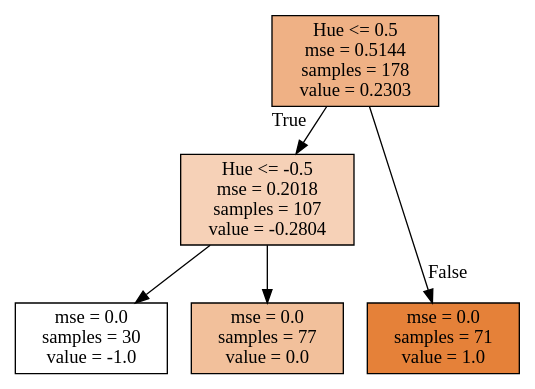
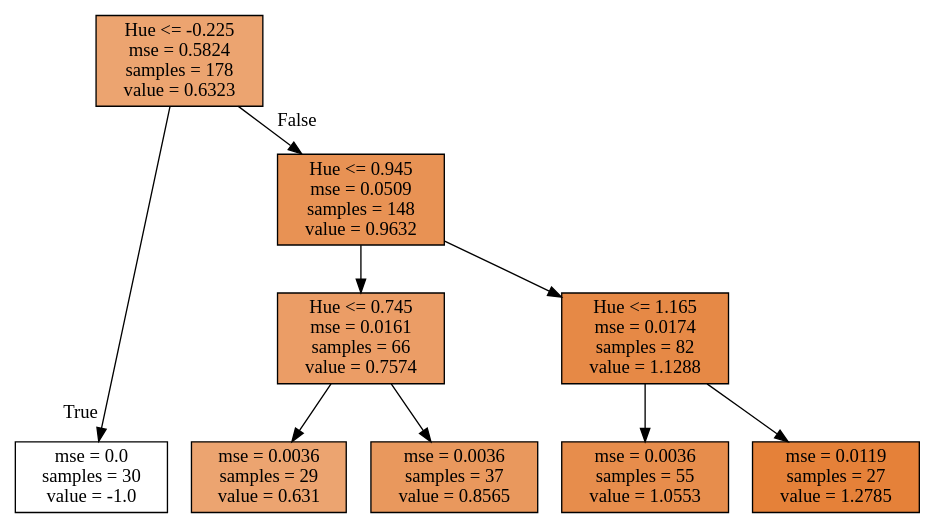
One commit to abbyschantz/cs35 changed the diagram in hw5/tree3.dot. Above: the diagram before and after it, drawn with Graphviz. The commit also changed 5 other files, not shown here.

```diff
--- a/hw5/tree3.dot
+++ b/hw5/tree3.dot
@@ -1,16 +1,25 @@
 digraph Tree {
 node [shape=box, style="filled", color="black"] ;
 graph [ranksep=equally, splines=polyline] ;
-0 [label="Hue <= 0.5\nmse = 0.5144\nsamples = 178\nvalue = 0.2303", fillcolor="#e581399d"] ;
-1 [label="Hue <= -0.5\nmse = 0.2018\nsamples = 107\nvalue = -0.2804", fillcolor="#e581395c"] ;
+0 [label="Hue <= -0.225\nmse = 0.5824\nsamples = 178\nvalue = 0.6323", fillcolor="#e58139b7"] ;
+1 [label="mse = 0.0\nsamples = 30\nvalue = -1.0", fillcolor="#e5813900"] ;
 0 -> 1 [labeldistance=2.5, labelangle=45, headlabel="True"] ;
-2 [label="mse = 0.0\nsamples = 30\nvalue = -1.0", fillcolor="#e5813900"] ;
-1 -> 2 ;
-3 [label="mse = 0.0\nsamples = 77\nvalue = 0.0", fillcolor="#e5813980"] ;
-1 -> 3 ;
-4 [label="mse = 0.0\nsamples = 71\nvalue = 1.0", fillcolor="#e58139ff"] ;
-0 -> 4 [labeldistance=2.5, labelangle=-45, headlabel="False"] ;
+2 [label="Hue <= 0.945\nmse = 0.0509\nsamples = 148\nvalue = 0.9632", fillcolor="#e58139dc"] ;
+0 -> 2 [labeldistance=2.5, labelangle=-45, headlabel="False"] ;
+3 [label="Hue <= 0.745\nmse = 0.0161\nsamples = 66\nvalue = 0.7574", fillcolor="#e58139c5"] ;
+2 -> 3 ;
+4 [label="mse = 0.0036\nsamples = 29\nvalue = 0.631", fillcolor="#e58139b7"] ;
+3 -> 4 ;
+5 [label="mse = 0.0036\nsamples = 37\nvalue = 0.8565", fillcolor="#e58139d0"] ;
+3 -> 5 ;
+6 [label="Hue <= 1.165\nmse = 0.0174\nsamples = 82\nvalue = 1.1288", fillcolor="#e58139ee"] ;
+2 -> 6 ;
+7 [label="mse = 0.0036\nsamples = 55\nvalue = 1.0553", fillcolor="#e58139e6"] ;
+6 -> 7 ;
+8 [label="mse = 0.0119\nsamples = 27\nvalue = 1.2785", fillcolor="#e58139ff"] ;
+6 -> 8 ;
 {rank=same ; 0} ;
-{rank=same ; 1} ;
-{rank=same ; 2; 3; 4} ;
+{rank=same ; 2} ;
+{rank=same ; 3; 6} ;
+{rank=same ; 1; 4; 5; 7; 8} ;
 }
```
